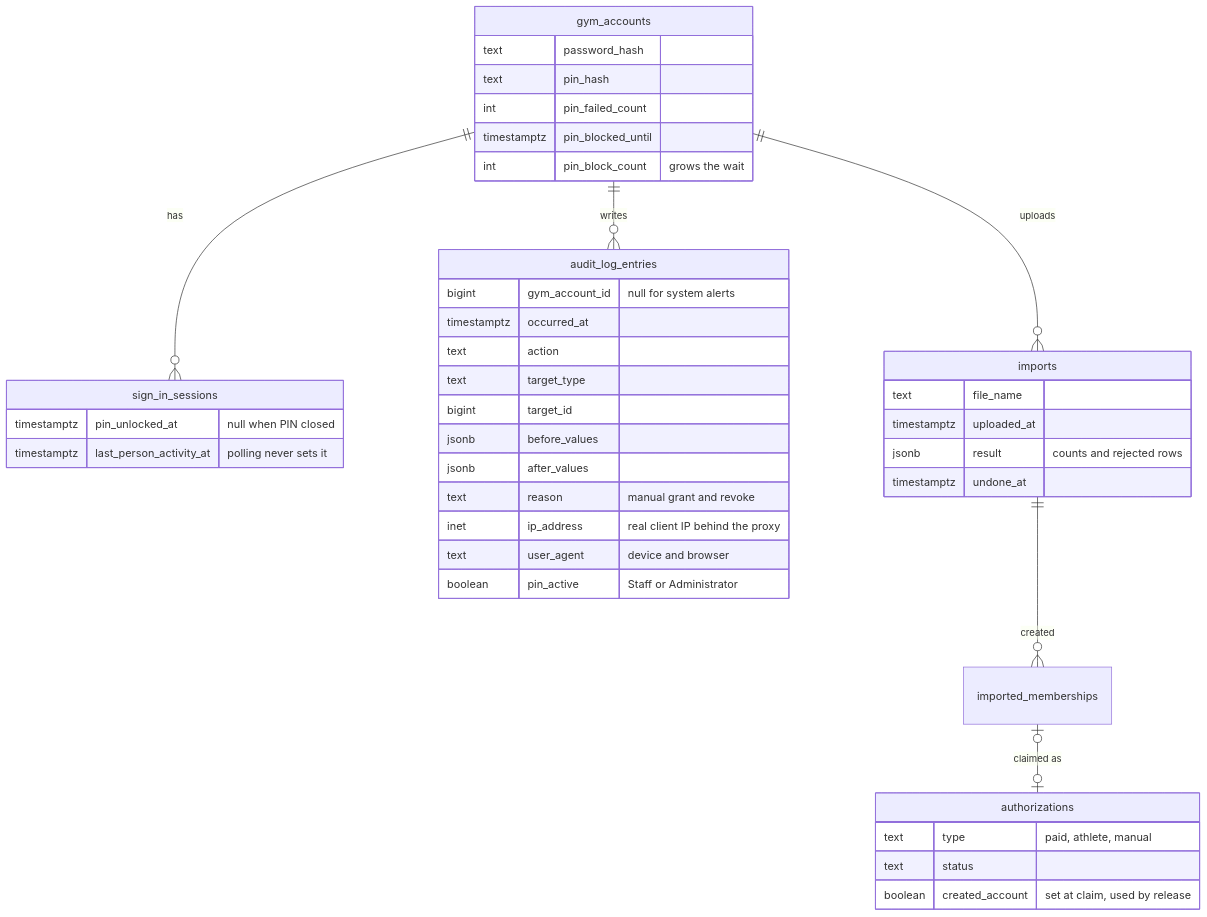
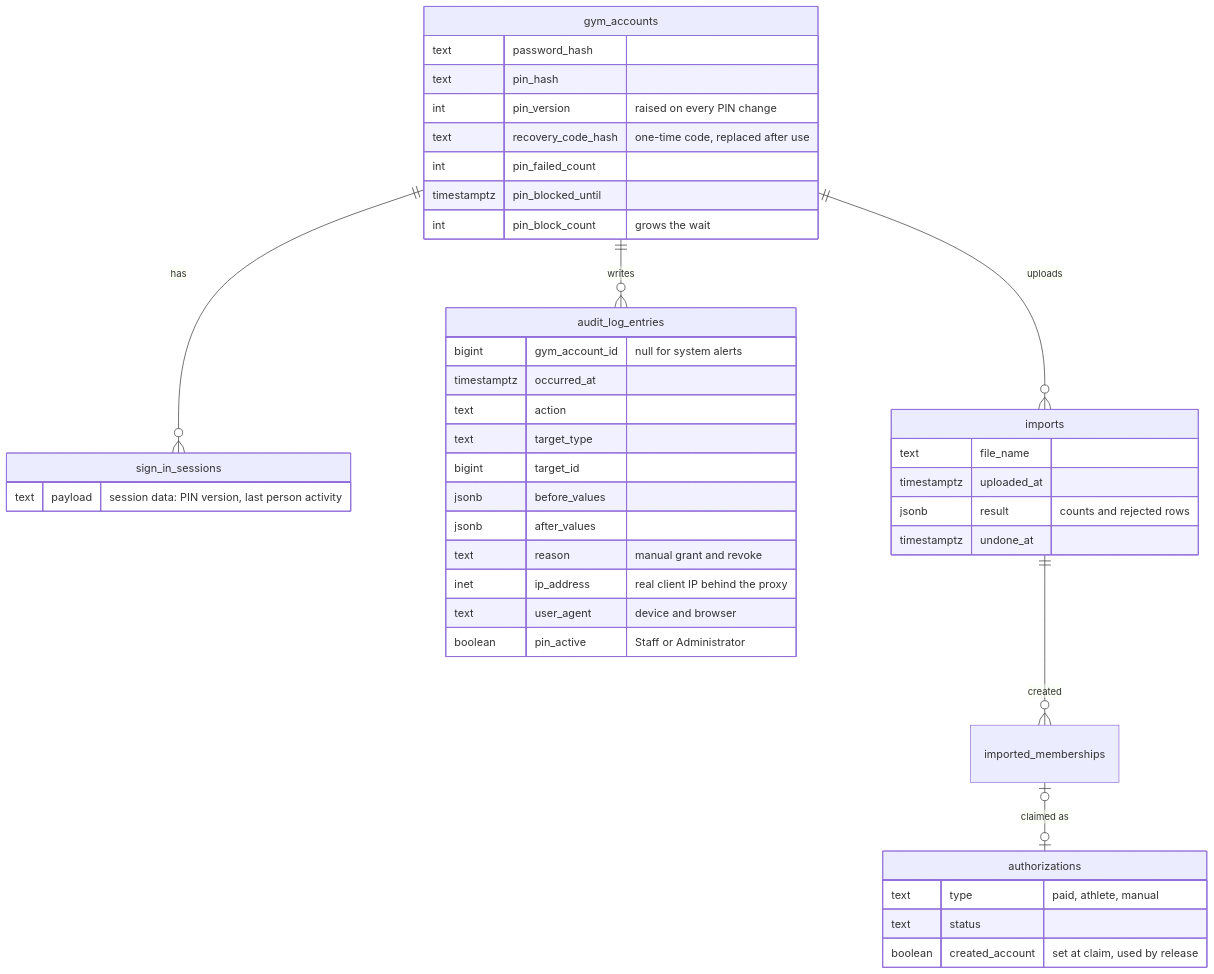
Diagram 17 of 17 in docs/design/admin-flows.md (Th3-Minorities/natatorio-gym-app), drawn with Mermaid before and after one commit. The commit also changed other lines of this file, not shown here.

Commit message:
Add the recovery code flow and the PIN version to the admin flows

````diff
--- a/docs/design/admin-flows.md
+++ b/docs/design/admin-flows.md
@@ -371,43 +446,44 @@
 ```mermaid
 erDiagram
   gym_accounts ||--o{ sign_in_sessions : "has"
   gym_accounts ||--o{ audit_log_entries : "writes"
   gym_accounts ||--o{ imports : "uploads"
   imports ||--o{ imported_memberships : "created"
   imported_memberships |o--o| authorizations : "claimed as"
   gym_accounts {
     text password_hash
     text pin_hash
+    int pin_version "raised on every PIN change"
+    text recovery_code_hash "one-time code, replaced after use"
     int pin_failed_count
     timestamptz pin_blocked_until
     int pin_block_count "grows the wait"
   }
   sign_in_sessions {
-    timestamptz pin_unlocked_at "null when PIN closed"
-    timestamptz last_person_activity_at "polling never sets it"
+    text payload "session data: PIN version, last person activity"
   }
   imports {
     text file_name
     timestamptz uploaded_at
     jsonb result "counts and rejected rows"
     timestamptz undone_at
   }
   audit_log_entries {
     bigint gym_account_id "null for system alerts"
     timestamptz occurred_at
     text action
     text target_type
     bigint target_id
     jsonb before_values
     jsonb after_values
     text reason "manual grant and revoke"
     inet ip_address "real client IP behind the proxy"
     text user_agent "device and browser"
     boolean pin_active "Staff or Administrator"
   }
   authorizations {
     text type "paid, athlete, manual"
     text status
     boolean created_account "set at claim, used by release"
   }
 ```
````
